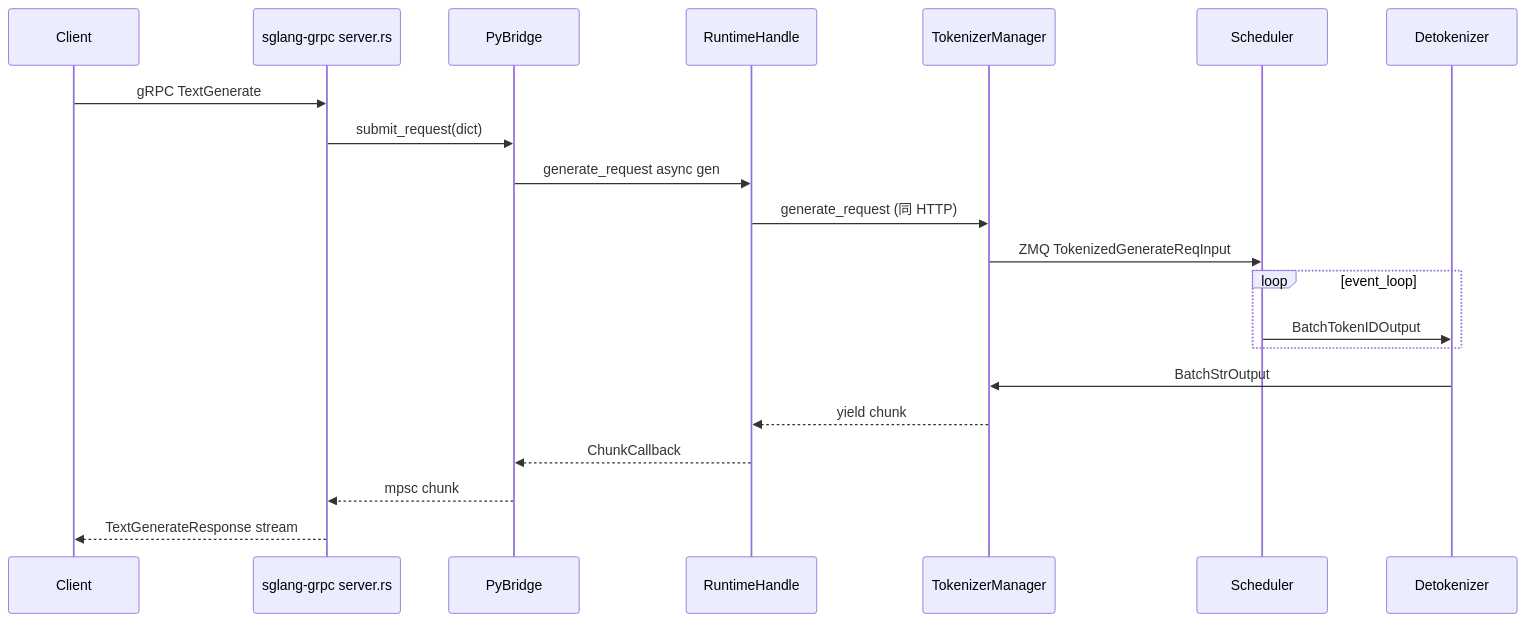
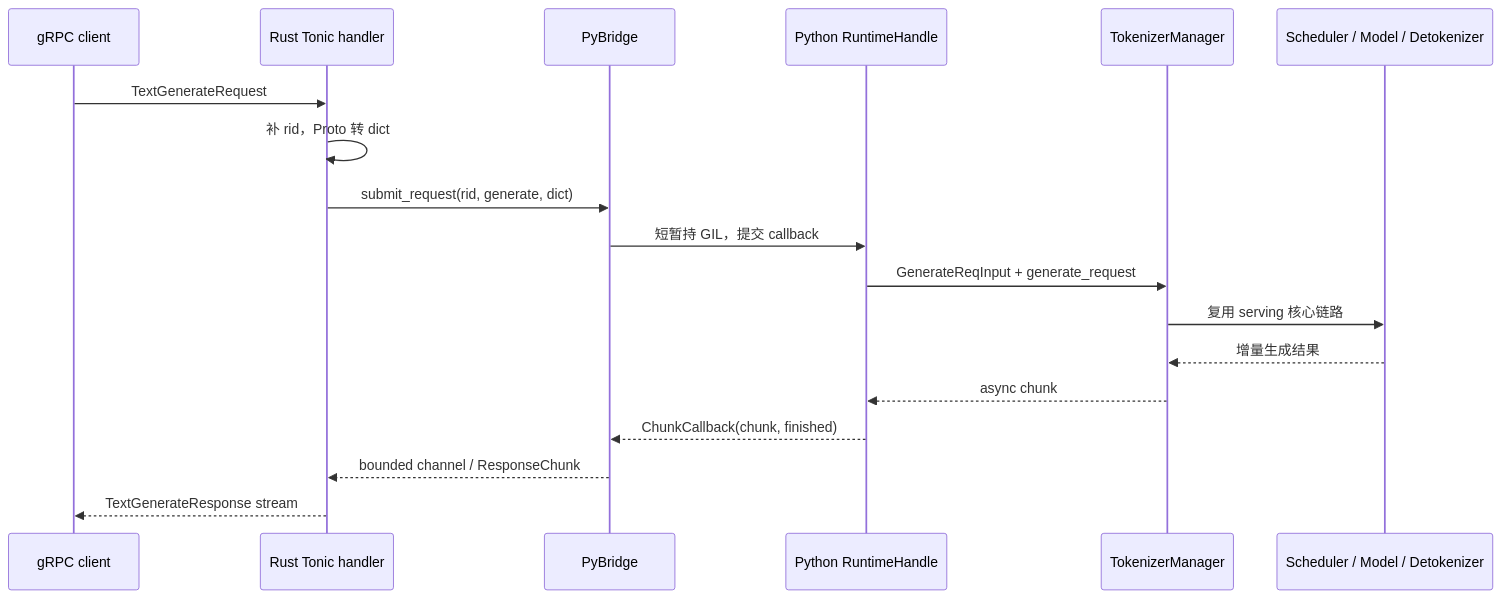
The second of 2 diagrams in sglang_reading/导读与总览/SGLang-gRPC请求全链路.md (OnlyHero5/sglang-reading-vault), drawn with Mermaid before and after one commit. The commit also changed other lines of this file and 512 other files, not shown here.

````diff
--- a/sglang_reading/导读与总览/SGLang-gRPC请求全链路.md
+++ b/sglang_reading/导读与总览/SGLang-gRPC请求全链路.md
@@ -37,24 +155,21 @@
 ```mermaid
 sequenceDiagram
- participant Client
- participant Rust as sglang-grpc server.rs
- participant Bridge as PyBridge
- participant RH as RuntimeHandle
- participant TM as TokenizerManager
- participant SCH as Scheduler
- participant DET as Detokenizer
+  participant C as gRPC client
+  participant T as Rust Tonic handler
+  participant B as PyBridge
+  participant H as Python RuntimeHandle
+  participant TM as TokenizerManager
+  participant Core as Scheduler / Model / Detokenizer
 
- Client->>Rust: gRPC TextGenerate
- Rust->>Bridge: submit_request(dict)
- Bridge->>RH: generate_request async gen
- RH->>TM: generate_request (同 HTTP)
- TM->>SCH: ZMQ TokenizedGenerateReqInput
- loop event_loop
- SCH->>DET: BatchTokenIDOutput
- end
- DET->>TM: BatchStrOutput
- TM-->>RH: yield chunk
- RH-->>Bridge: ChunkCallback
- Bridge-->>Rust: mpsc chunk
- Rust-->>Client: TextGenerateResponse stream
+  C->>T: TextGenerateRequest
+  T->>T: 补 rid，Proto 转 dict
+  T->>B: submit_request(rid, generate, dict)
+  B->>H: 短暂持 GIL，提交 callback
+  H->>TM: GenerateReqInput + generate_request
+  TM->>Core: 复用 serving 核心链路
+  Core-->>TM: 增量生成结果
+  TM-->>H: async chunk
+  H-->>B: ChunkCallback(chunk, finished)
+  B-->>T: bounded channel / ResponseChunk
+  T-->>C: TextGenerateResponse stream
 ```
````
